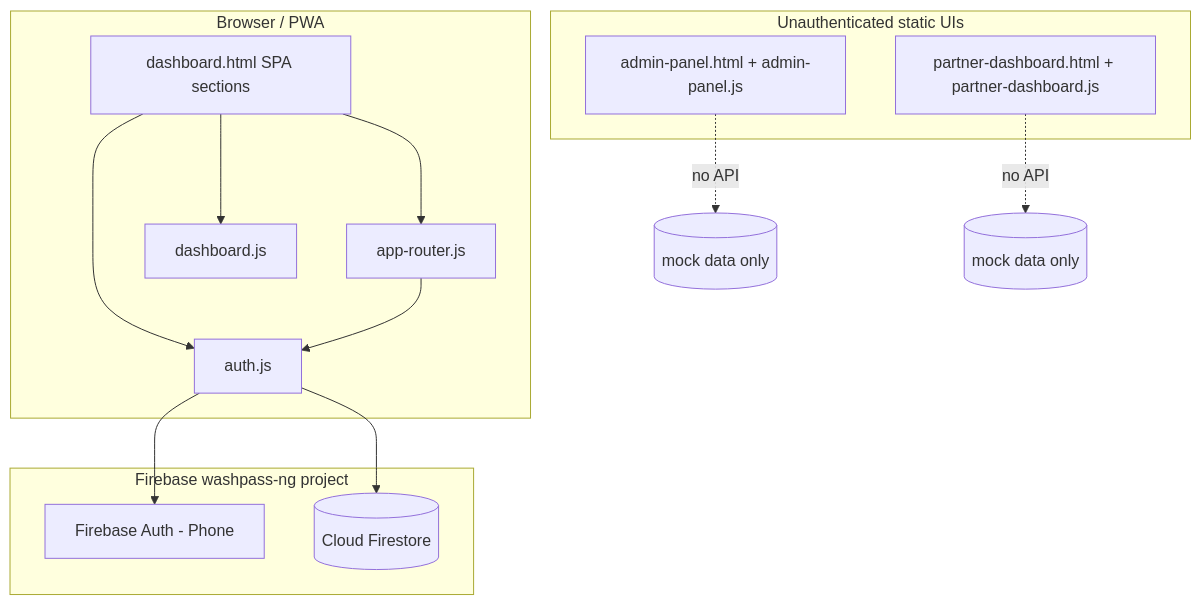
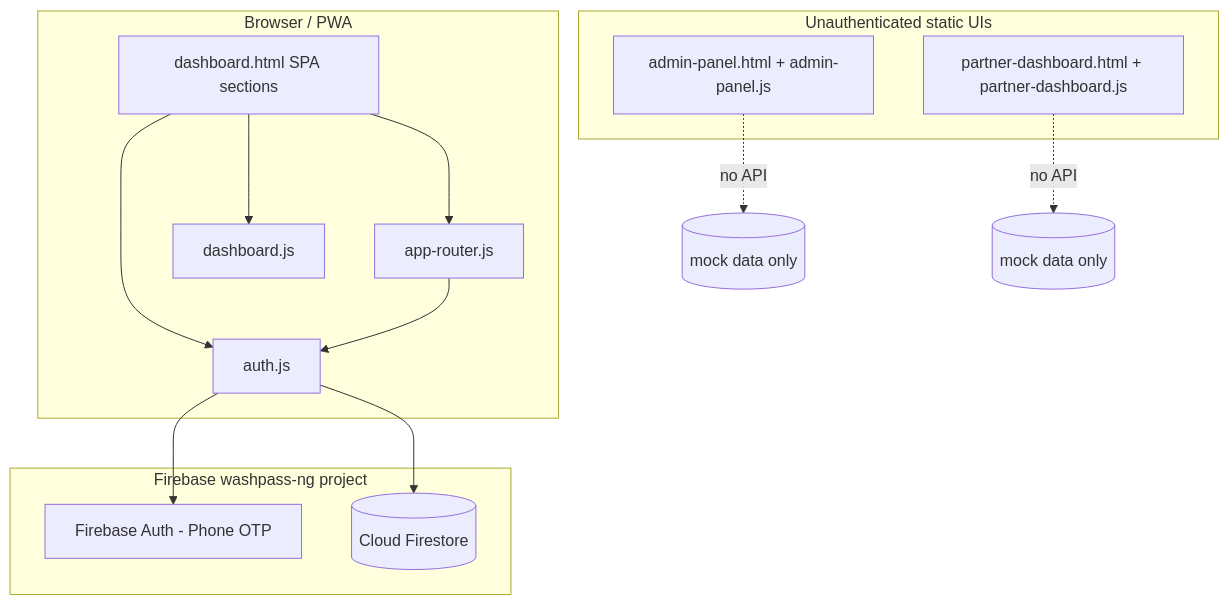
Before and after one commit to itchyguapo/washpass-ng: the first of 2 diagrams in APP_OVERVIEW.md, drawn with Mermaid. The commit also changed other lines of this file and 10 other files, not shown here.

````diff
--- a/APP_OVERVIEW.md
+++ b/APP_OVERVIEW.md
@@ -11,25 +22,25 @@
 ```mermaid
 flowchart TB
   subgraph client [Browser / PWA]
     D[dashboard.html SPA sections]
     AR[app-router.js]
     AJ[auth.js]
     DJ[dashboard.js]
     D --> AR
     D --> AJ
     D --> DJ
     AR --> AJ
   end
   subgraph firebase [Firebase washpass-ng project]
-    FA[Firebase Auth - Phone]
+    FA[Firebase Auth - Phone OTP]
     FS[(Cloud Firestore)]
   end
   AJ --> FA
   AJ --> FS
   subgraph static_other [Unauthenticated static UIs]
     AP[admin-panel.html + admin-panel.js]
     PD[partner-dashboard.html + partner-dashboard.js]
   end
   AP -.->|no API| x1[(mock data only)]
   PD -.->|no API| x2[(mock data only)]
 ```
````
